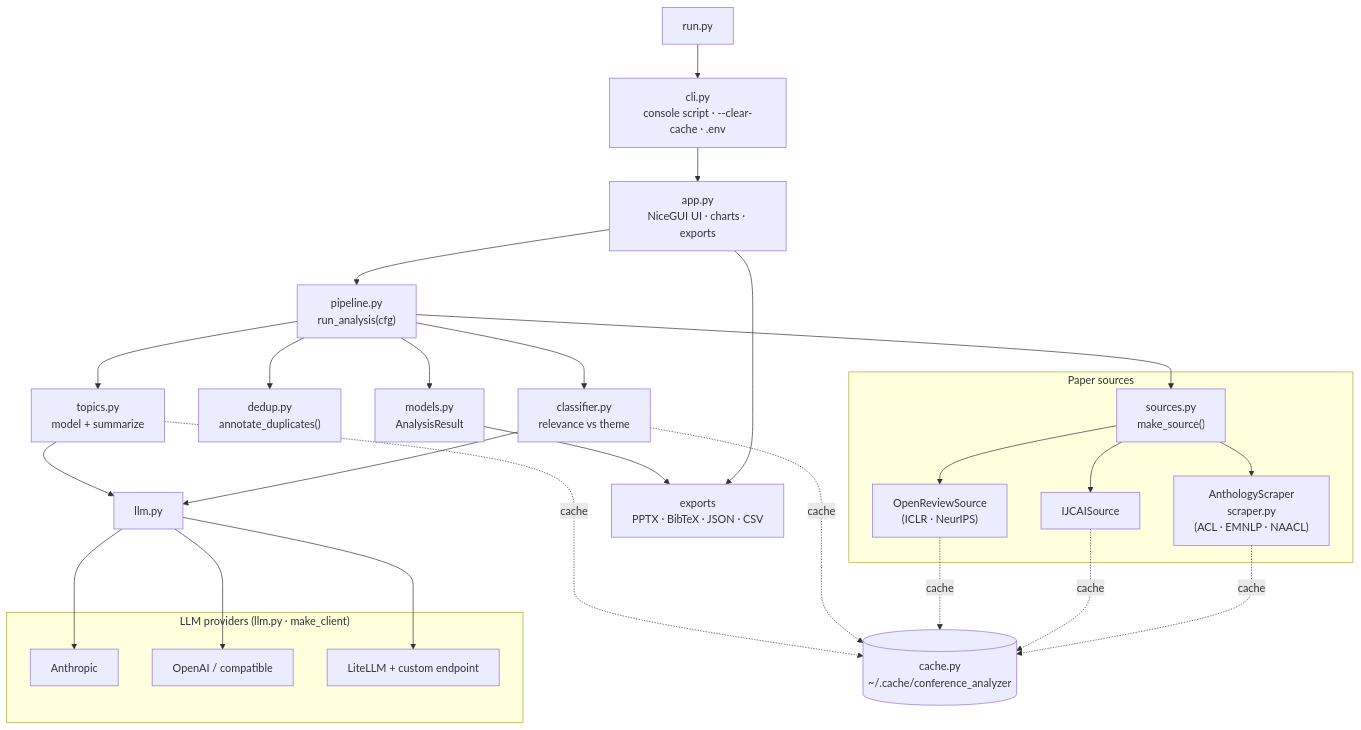
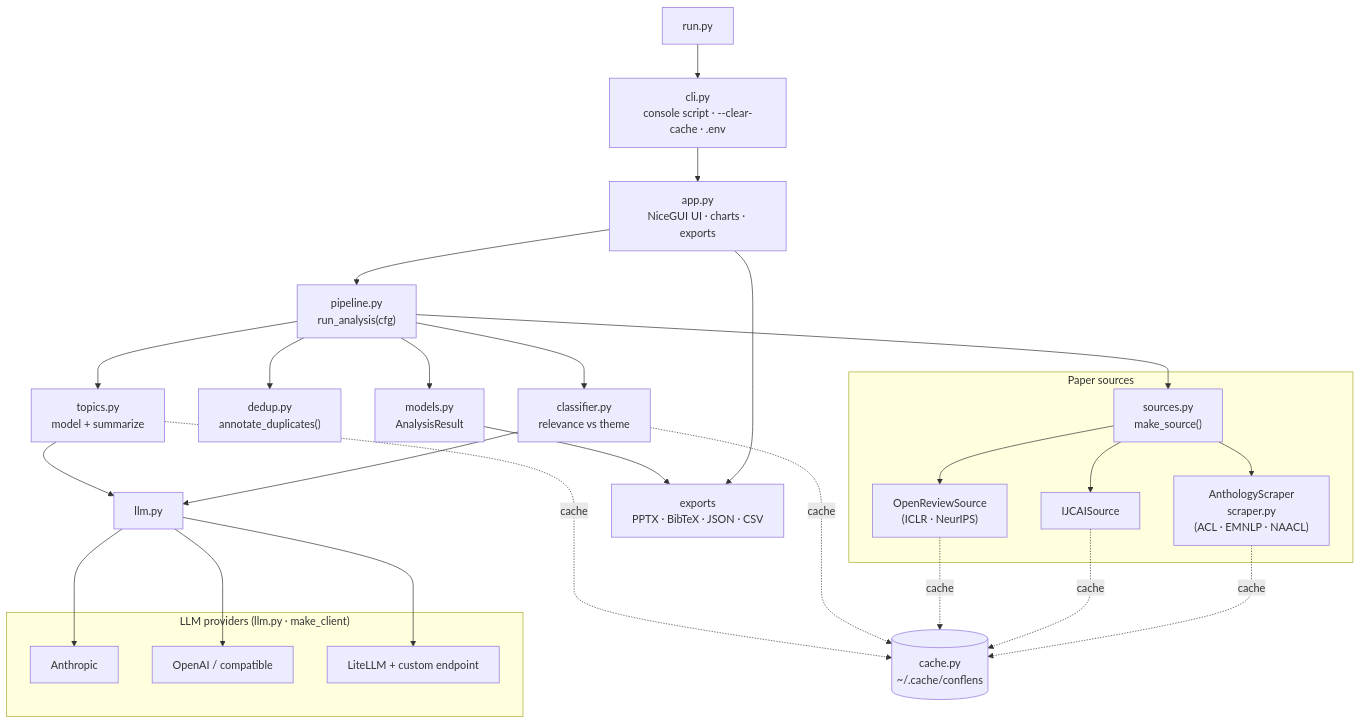
The first of 4 diagrams in docs/ARCHITECTURE.md (picaultj/conflens), drawn with Mermaid before and after one commit. The commit also changed other lines of this file and 2 other files, not shown here.

````diff
--- a/docs/ARCHITECTURE.md
+++ b/docs/ARCHITECTURE.md
@@ -10,37 +10,37 @@
 ```mermaid
 flowchart TB
     RUN["run.py"] --> CLI["cli.py<br/>console script · --clear-cache · .env"]
     CLI --> UI["app.py<br/>NiceGUI UI · charts · exports"]
     UI --> PIPE["pipeline.py<br/>run_analysis(cfg)"]
 
     PIPE --> REG["sources.py<br/>make_source()"]
     PIPE --> DUP["dedup.py<br/>annotate_duplicates()"]
     PIPE --> CLS["classifier.py<br/>relevance vs theme"]
     PIPE --> TOP["topics.py<br/>model + summarize"]
     PIPE --> RES["models.py<br/>AnalysisResult"]
 
     subgraph sources["Paper sources"]
       REG --> ACL["AnthologyScraper<br/>scraper.py<br/>(ACL · EMNLP · NAACL)"]
       REG --> IJ["IJCAISource"]
       REG --> OR["OpenReviewSource<br/>(ICLR · NeurIPS)"]
     end
 
     subgraph llm["LLM providers (llm.py · make_client)"]
       AN["Anthropic"]
       OA["OpenAI / compatible"]
       LL["LiteLLM + custom endpoint"]
     end
 
     CLS --> LLMHUB["llm.py"]
     TOP --> LLMHUB
     LLMHUB --> AN & OA & LL
 
     UI --> EXP["exports<br/>PPTX · BibTeX · JSON · CSV"]
     RES --> EXP
 
-    ACL -. cache .-> CACHE[("cache.py<br/>~/.cache/conference_analyzer")]
+    ACL -. cache .-> CACHE[("cache.py<br/>~/.cache/conflens")]
     IJ -. cache .-> CACHE
     OR -. cache .-> CACHE
     CLS -. cache .-> CACHE
     TOP -. cache .-> CACHE
 ```
````
